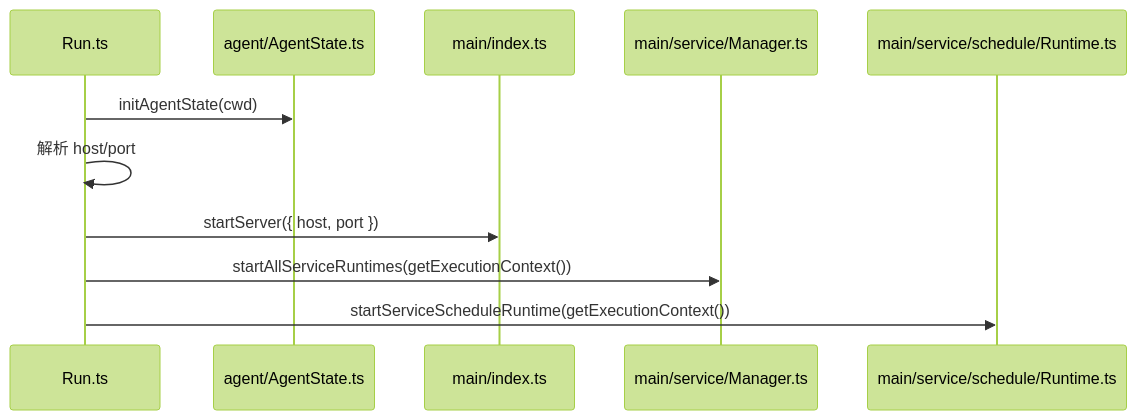
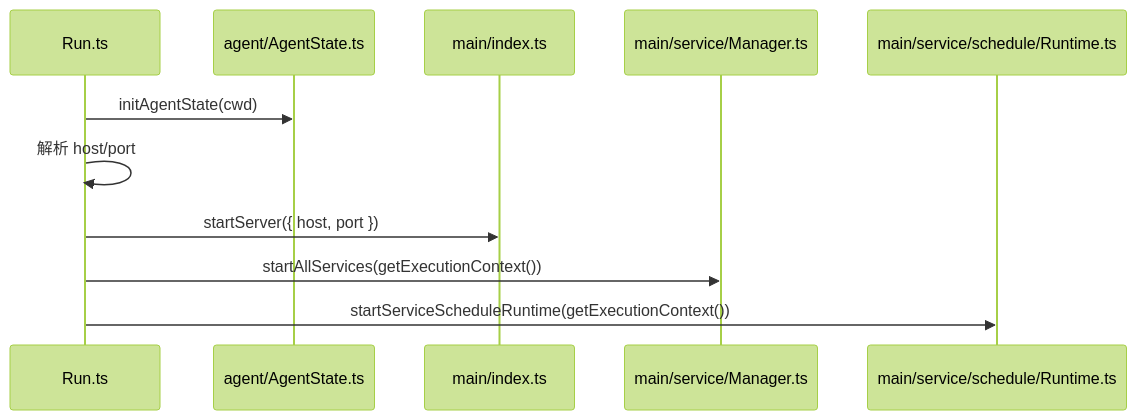
One commit to wangenius/downcity changed the second of 7 diagrams in devdocs/startup-and-api-flow.md. Above: the diagram before and after it, drawn with Mermaid (forest theme). The commit also changed 123 other files, not shown here.

````diff
--- a/devdocs/startup-and-api-flow.md
+++ b/devdocs/startup-and-api-flow.md
@@ -77,14 +77,14 @@
 ```mermaid
 sequenceDiagram
   participant Run as Run.ts
   participant Agent as agent/AgentState.ts
   participant Server as main/index.ts
   participant Services as main/service/Manager.ts
   participant Schedule as main/service/schedule/Runtime.ts
 
   Run->>Agent: initAgentState(cwd)
   Run->>Run: 解析 host/port
   Run->>Server: startServer({ host, port })
-  Run->>Services: startAllServiceRuntimes(getExecutionContext())
+  Run->>Services: startAllServices(getExecutionContext())
   Run->>Schedule: startServiceScheduleRuntime(getExecutionContext())
 ```
````
